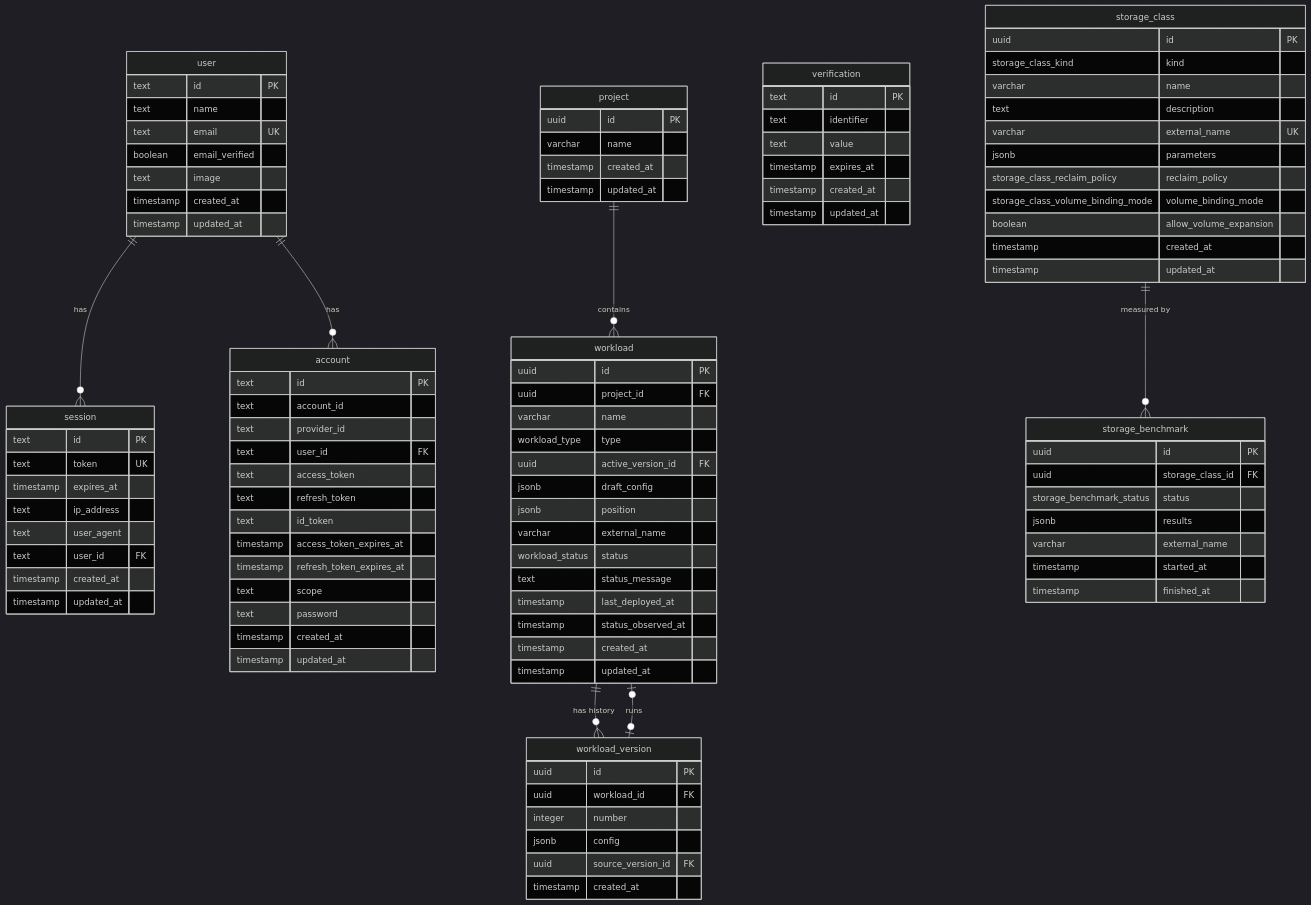
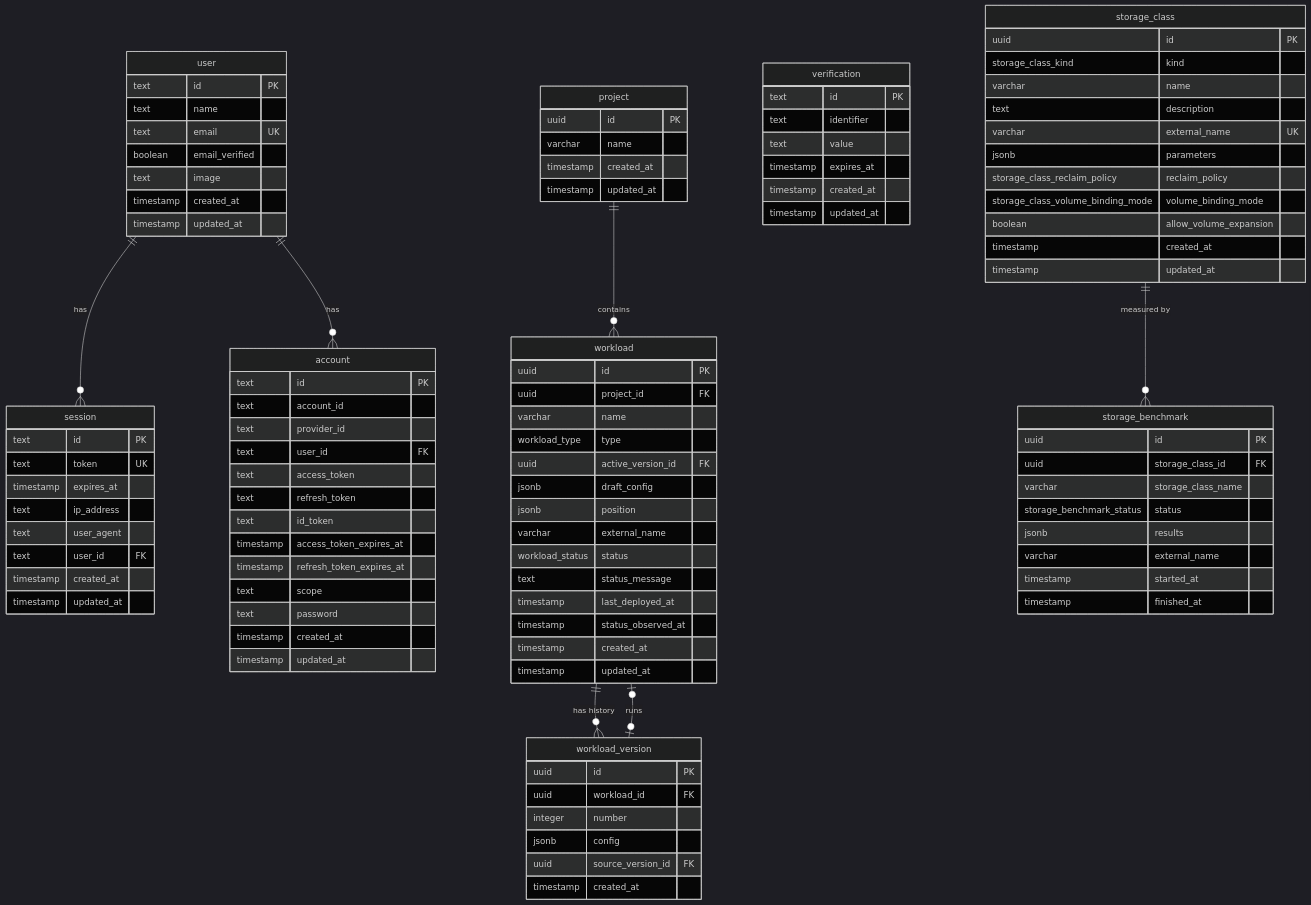
Before and after one commit to acceleratio-cloud/core: the diagram in docs/DATABASE.md, drawn with Mermaid (dark theme). The commit also changed other lines of this file and 19 other files, not shown here.

```diff
--- a/docs/DATABASE.md
+++ b/docs/DATABASE.md
@@ -120,6 +120,7 @@
     storage_benchmark {
         uuid id PK
         uuid storage_class_id FK
+        varchar storage_class_name
         storage_benchmark_status status
         jsonb results
         varchar external_name
```
